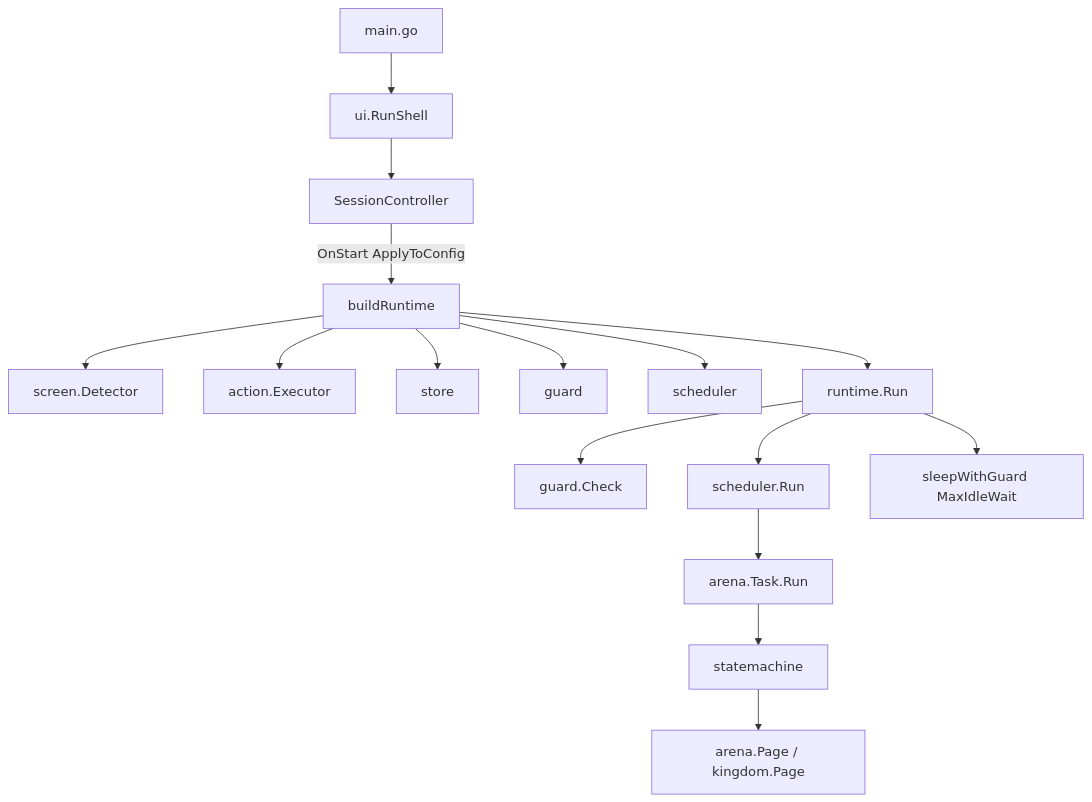
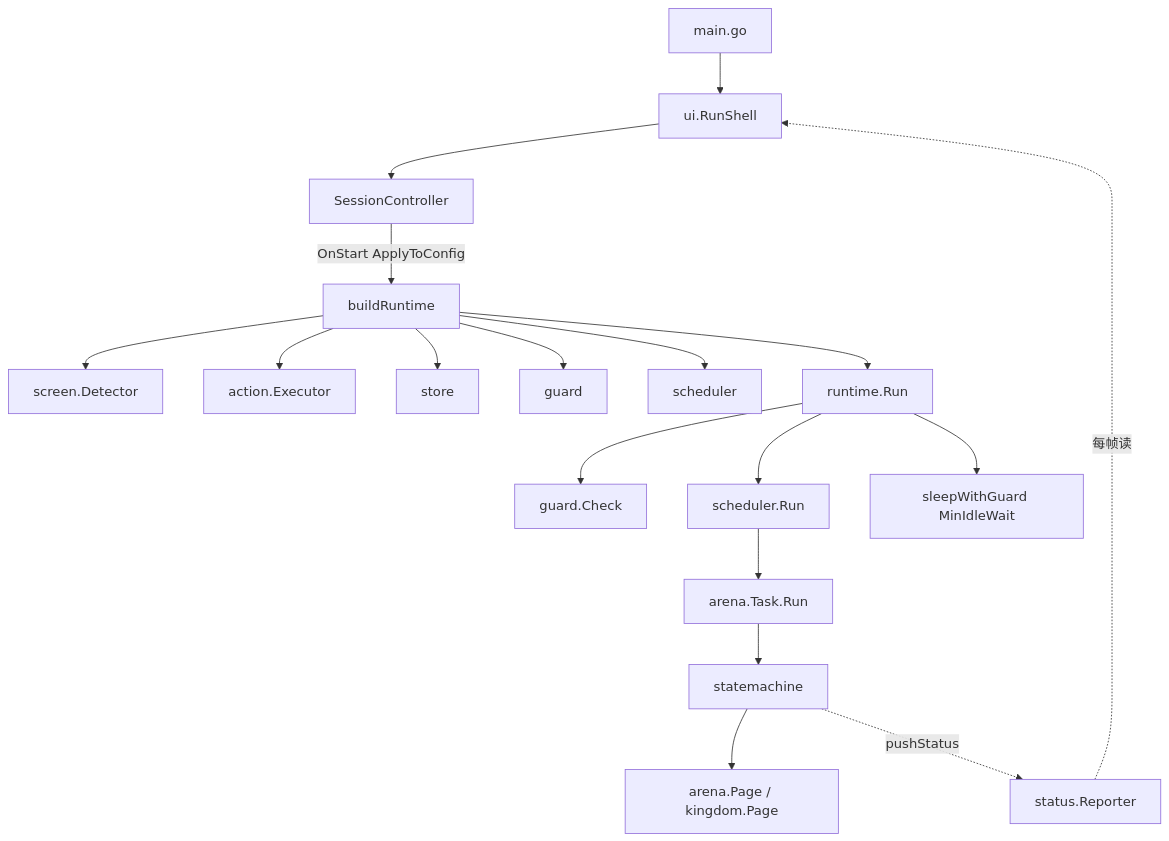
One commit to sunnng/shuaibin-cookie-go changed the first of 2 diagrams in docs/开发手册.md. Above: the diagram before and after it, drawn with Mermaid. The commit also changed other lines of this file and 41 other files, not shown here.

````diff
--- a/docs/开发手册.md
+++ b/docs/开发手册.md
@@ -30,18 +30,20 @@
 ```mermaid
 flowchart TD
   main[main.go] --> shell[ui.RunShell]
   shell --> ctrl[SessionController]
   ctrl -->|OnStart ApplyToConfig| build[buildRuntime]
   build --> det[screen.Detector]
   build --> exec[action.Executor]
   build --> store[store]
   build --> guard[guard]
   build --> sched[scheduler]
   build --> rt[runtime.Run]
   rt --> gCheck[guard.Check]
   rt --> sRun[scheduler.Run]
-  rt --> idle[sleepWithGuard MaxIdleWait]
+  rt --> idle[sleepWithGuard MinIdleWait]
   sRun --> arena[arena.Task.Run]
   arena --> sm[statemachine]
   sm --> page[arena.Page / kingdom.Page]
+  sm -.pushStatus.-> st[status.Reporter]
+  st -.每帧读.-> shell
 ```
````
